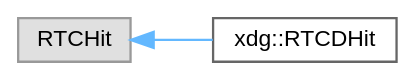
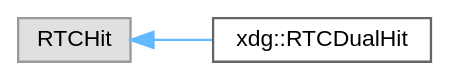
Before and after one commit to xdg-org/xdg: the diagram in inherit_graph_4.dot, drawn with Graphviz. The commit also changed 76 other files, not shown here.

```diff
--- a/inherit_graph_4.dot
+++ b/inherit_graph_4.dot
@@ -1,11 +1,11 @@
 digraph "Graphical Class Hierarchy"
 {
  // LATEX_PDF_SIZE
   bgcolor="transparent";
   edge [fontname=Helvetica,fontsize=10,labelfontname=Helvetica,labelfontsize=10];
   node [fontname=Helvetica,fontsize=10,shape=box,height=0.2,width=0.4];
   rankdir="LR";
   Node0 [id="Node000000",label="RTCHit",height=0.2,width=0.4,color="grey60", fillcolor="#E0E0E0", style="filled",tooltip=" "];
   Node0 -> Node1 [id="edge2_Node000000_Node000001",dir="back",color="steelblue1",style="solid",tooltip=" "];
-  Node1 [id="Node000001",label="xdg::RTCDHit",height=0.2,width=0.4,color="grey40", fillcolor="white", style="filled",URL="$structxdg_1_1RTCDHit.html",tooltip=" "];
+  Node1 [id="Node000001",label="xdg::RTCDualHit",height=0.2,width=0.4,color="grey40", fillcolor="white", style="filled",URL="$structxdg_1_1RTCDualHit.html",tooltip=" "];
 }
```
